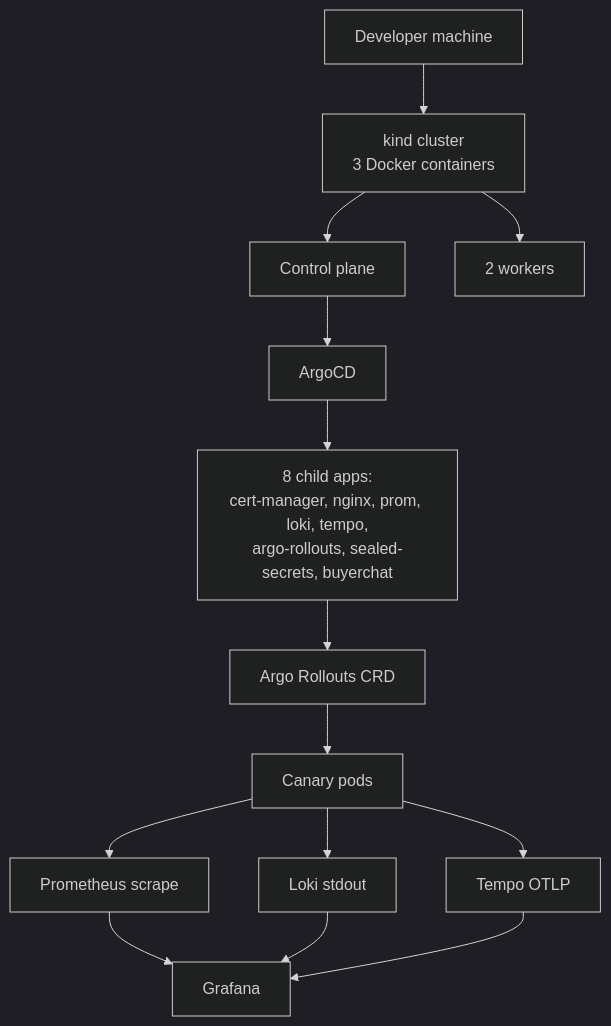
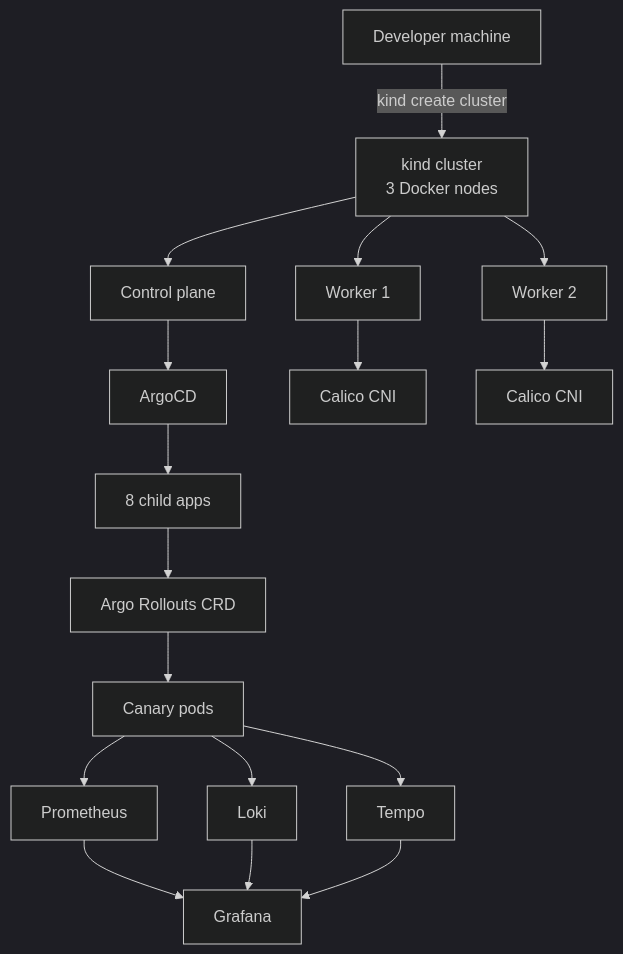
The diagram in README.md (ykstorm/devops-showcase), drawn with Mermaid (dark theme) before and after one commit. The commit also changed other lines of this file and 4 other files, not shown here.

````diff
--- a/README.md
+++ b/README.md
@@ -112,16 +93,19 @@
 ```mermaid
-graph TB
-    Dev[Developer machine] --> Kind[kind cluster<br/>3 Docker containers]
+graph TD
+    Dev[Developer machine] -->|kind create cluster| Kind[kind cluster<br/>3 Docker nodes]
     Kind --> CP[Control plane]
-    Kind --> W[2 workers]
+    Kind --> W1[Worker 1]
+    Kind --> W2[Worker 2]
     CP --> Argo[ArgoCD]
-    Argo --> Apps[8 child apps:<br/>cert-manager, nginx, prom, loki, tempo,<br/>argo-rollouts, sealed-secrets, buyerchat]
+    Argo --> Apps[8 child apps]
     Apps --> Rollout[Argo Rollouts CRD]
     Rollout --> Pods[Canary pods]
-    Pods --> Prom[Prometheus scrape]
-    Pods --> LokiL[Loki stdout]
-    Pods --> TempoT[Tempo OTLP]
+    Pods --> Prom[Prometheus]
+    Pods --> LokiL[Loki]
+    Pods --> TempoT[Tempo]
     Prom --> Graf[Grafana]
     LokiL --> Graf
     TempoT --> Graf
+    W1 --> Calico1[Calico CNI]
+    W2 --> Calico2[Calico CNI]
 ```
````
